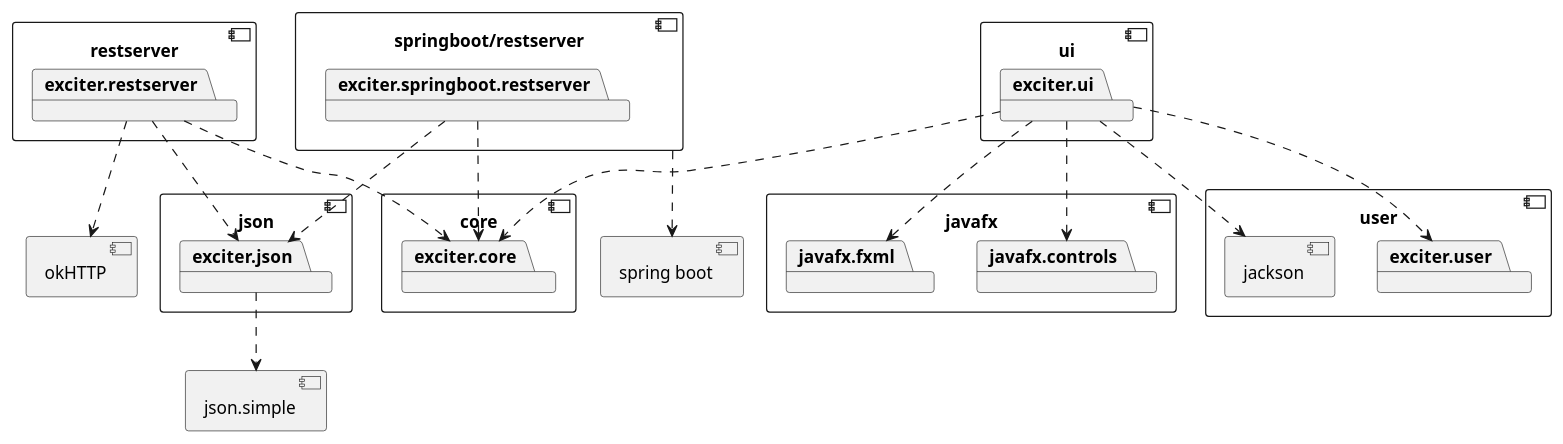
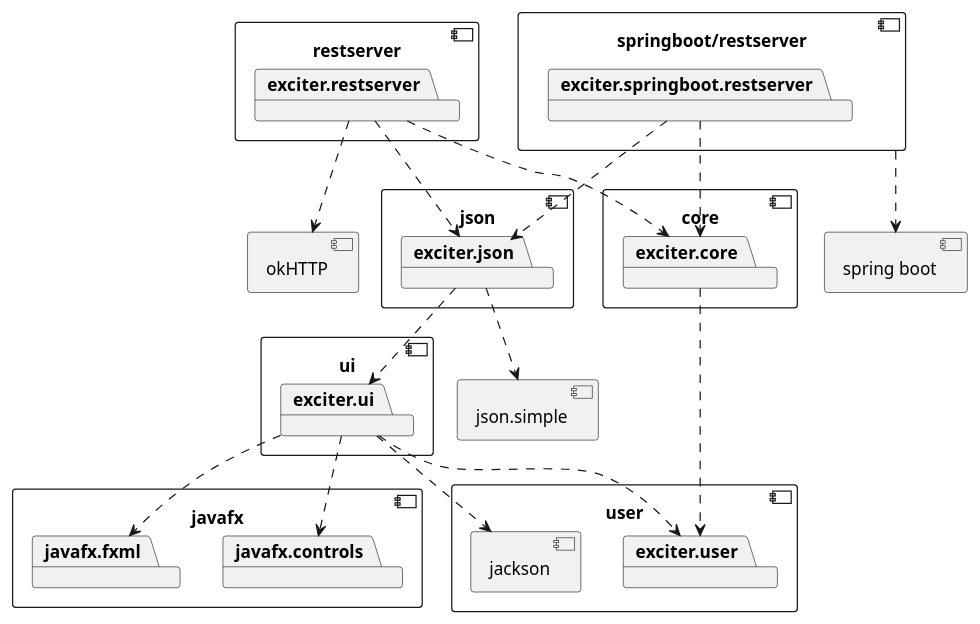
The diagram in docs/release 3/packageDiagram.plantuml (Tordsg/Xcitr), drawn with PlantUML before and after one commit. The commit also changed 1 other file, not shown here.

Commit message:
edited packageDiagram

```diff
--- a/docs/release 3/packageDiagram.plantuml
+++ b/docs/release 3/packageDiagram.plantuml
@@ -1,67 +1,68 @@
 @startuml packageDiagram
 
 component core{
     package exciter.core
 }
 
 component ui{
     package exciter.ui
 }
 
 component json{
     package exciter.json
     
 }
 
 component javafx{
     package javafx.controls
     package javafx.fxml
 }
 
 component restserver{
     package exciter.restserver
 
 }
 
 component user {
     package jackson
     package exciter.user
 
 }
 component json.simple{
 
 }
 
 component jackson {
 }
 
 component "springboot/restserver" as springboot.restserver {
 	package exciter.springboot.restserver
 }
 
 exciter.springboot.restserver ..> exciter.core
 exciter.springboot.restserver ..> exciter.json
 
 component "spring boot" as springboot {
 }
 
 component okHTTP {
 
 }
 exciter.restserver ..> okHTTP
 springboot.restserver ..> springboot
 exciter.restserver ..> exciter.json
 exciter.restserver ..>exciter.core
-exciter.ui ..> exciter.core
 exciter.ui ..> javafx.controls
 exciter.ui ..> javafx.fxml
 exciter.ui ..> exciter.user
+exciter.core ..>exciter.user
+exciter.json ..> exciter.ui
 
 
 exciter.ui ..> jackson
 exciter.json ..> json.simple
 
 
 
 
 @enduml
```
